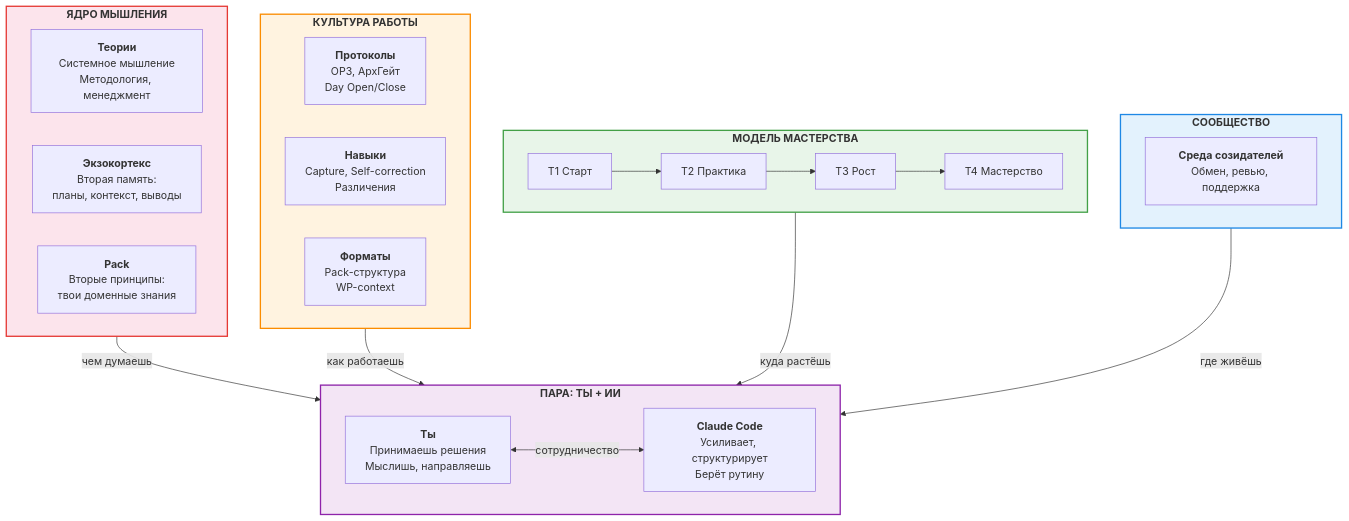
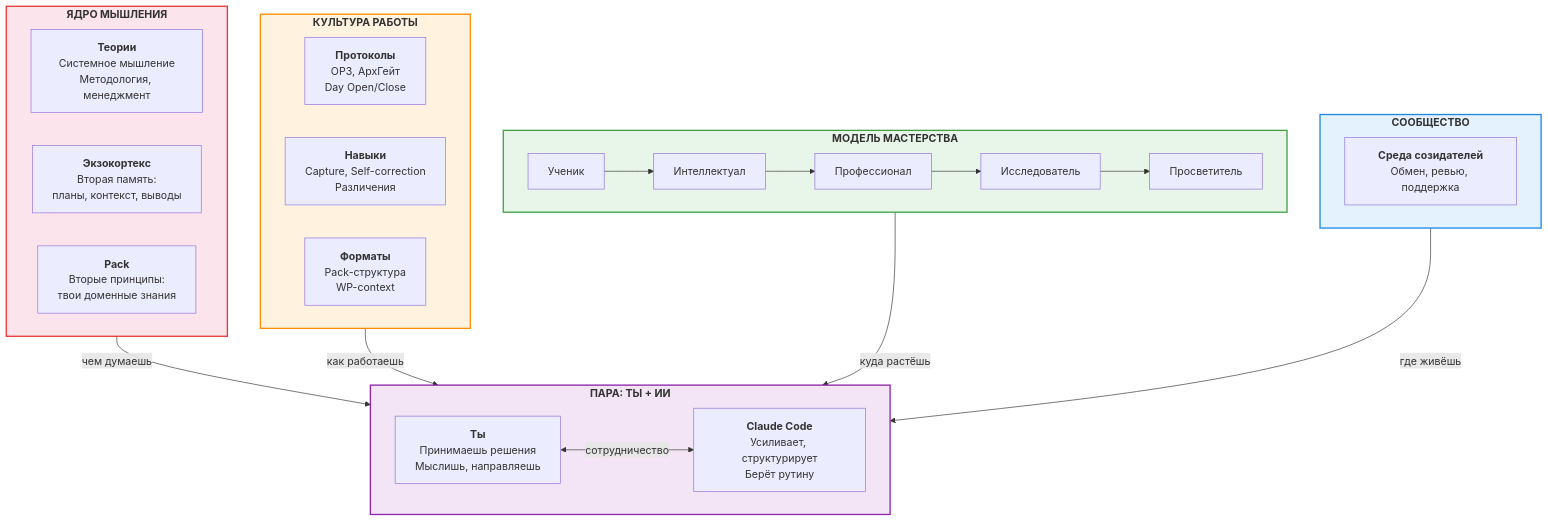
The first of 8 diagrams in docs/onboarding/onboarding-diagrams.md (klimentjev/FMT-exocortex-template), drawn with Mermaid before and after one commit. The commit also changed other lines of this file and 41 other files, not shown here.

````diff
--- a/docs/onboarding/onboarding-diagrams.md
+++ b/docs/onboarding/onboarding-diagrams.md
@@ -11,42 +11,42 @@
 ```mermaid
 graph TB
     subgraph core["<b>ЯДРО МЫШЛЕНИЯ</b>"]
         direction LR
         THEORIES["<b>Теории</b><br/>Системное мышление<br/>Методология, менеджмент"]
         EXO["<b>Экзокортекс</b><br/>Вторая память:<br/>планы, контекст, выводы"]
         PACK["<b>Pack</b><br/>Вторые принципы:<br/>твои доменные знания"]
     end
 
     subgraph culture["<b>КУЛЬТУРА РАБОТЫ</b>"]
         direction LR
         PROTOCOLS["<b>Протоколы</b><br/>ОРЗ, АрхГейт<br/>Day Open/Close"]
         SKILLS["<b>Навыки</b><br/>Capture, Self-correction<br/>Различения"]
         FORMATS["<b>Форматы</b><br/>Pack-структура<br/>WP-context"]
     end
 
     subgraph mastery["<b>МОДЕЛЬ МАСТЕРСТВА</b>"]
-        T1["T1 Старт"] --> T2["T2 Практика"] --> T3["T3 Рост"] --> T4["T4 Мастерство"]
+        M1["Ученик"] --> M2["Интеллектуал"] --> M3["Профессионал"] --> M4["Исследователь"] --> M5["Просветитель"]
     end
 
     subgraph community["<b>СООБЩЕСТВО</b>"]
         COMM["<b>Среда созидателей</b><br/>Обмен, ревью, поддержка"]
     end
 
     subgraph pair["<b>ПАРА: ТЫ + ИИ</b>"]
         direction LR
         USER["<b>Ты</b><br/>Принимаешь решения<br/>Мыслишь, направляешь"]
         AI["<b>Claude Code</b><br/>Усиливает, структурирует<br/>Берёт рутину"]
         USER <-->|"сотрудничество"| AI
     end
 
     core -->|"чем думаешь"| pair
     culture -->|"как работаешь"| pair
     mastery -->|"куда растёшь"| pair
     community -->|"где живёшь"| pair
 
     style core fill:#fce4ec,stroke:#e53935,stroke-width:2px
     style culture fill:#fff3e0,stroke:#fb8c00,stroke-width:2px
     style mastery fill:#e8f5e9,stroke:#43a047,stroke-width:2px
     style community fill:#e3f2fd,stroke:#1e88e5,stroke-width:2px
     style pair fill:#f3e5f5,stroke:#8e24aa,stroke-width:2px
 ```
````
